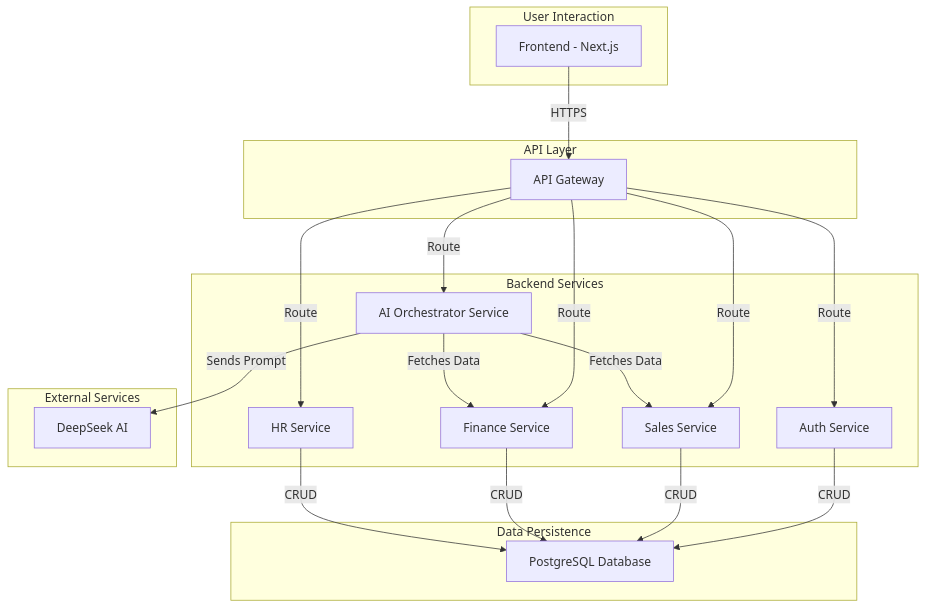
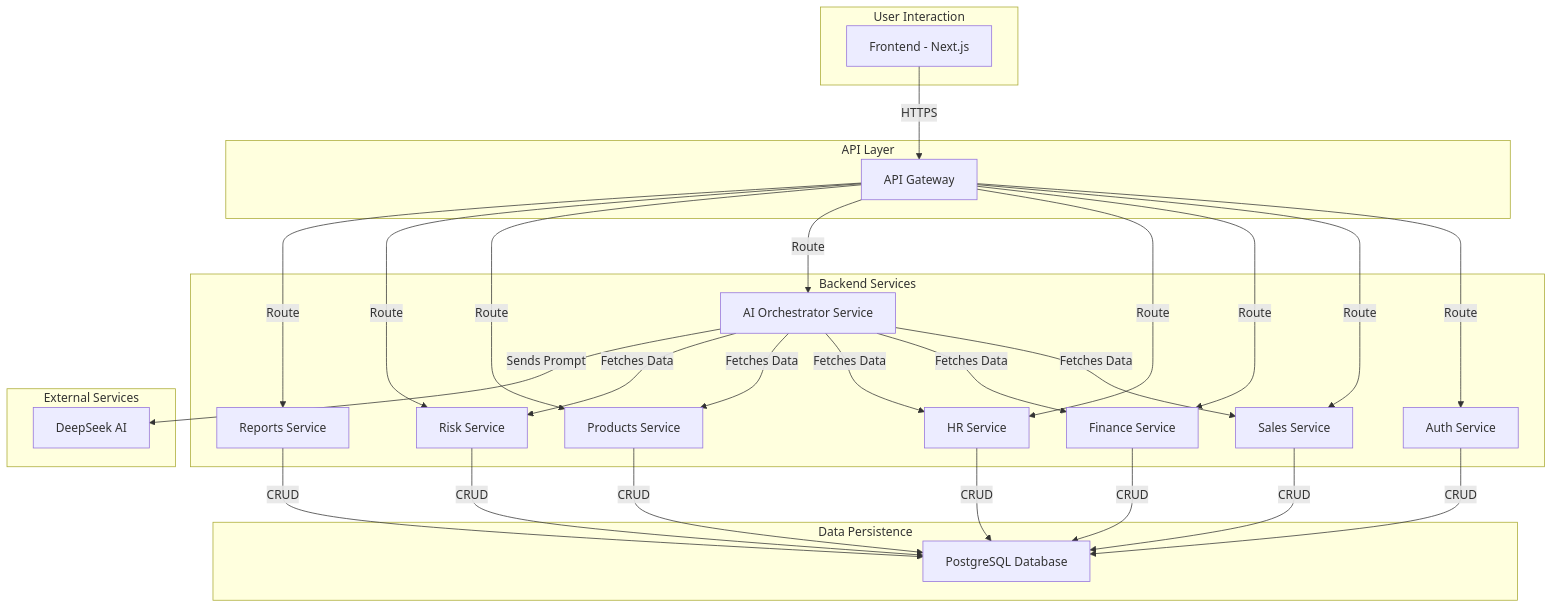
One commit to CatHuyuH24/A-EMS changed the diagram in docs/System_Architecture.md. Above: the diagram before and after it, drawn with Mermaid. The commit also changed other lines of this file and 7 other files, not shown here.

Commit message:
add `reports/`, `products/`, `risk/` endpoints

````diff
--- a/docs/System_Architecture.md
+++ b/docs/System_Architecture.md
@@ -14,42 +14,54 @@
 ```mermaid
 graph TD
     subgraph User Interaction
         A[Frontend - Next.js]
     end
 
     subgraph API Layer
         B[API Gateway]
     end
 
     subgraph Backend Services
         C[Auth Service]
         D[Sales Service]
         E[Finance Service]
         F[HR Service]
         G[AI Orchestrator Service]
+        H[Products Service]
+        I[Risk Service]
+        J[Reports Service]
     end
 
     subgraph Data Persistence
-        H[PostgreSQL Database]
+        K[PostgreSQL Database]
     end
 
     subgraph External Services
-        I[DeepSeek AI]
+        L[DeepSeek AI]
     end
 
     A -- HTTPS --> B
     B -- Route --> C
     B -- Route --> D
     B -- Route --> E
     B -- Route --> F
     B -- Route --> G
+    B -- Route --> H
+    B -- Route --> I
+    B -- Route --> J
 
-    C -- CRUD --> H
-    D -- CRUD --> H
-    E -- CRUD --> H
-    F -- CRUD --> H
+    C -- CRUD --> K
+    D -- CRUD --> K
+    E -- CRUD --> K
+    F -- CRUD --> K
+    H -- CRUD --> K
+    I -- CRUD --> K
+    J -- CRUD --> K
 
     G -- Fetches Data --> D
     G -- Fetches Data --> E
-    G -- Sends Prompt --> I
+    G -- Fetches Data --> F
+    G -- Fetches Data --> H
+    G -- Fetches Data --> I
+    G -- Sends Prompt --> L
 ```
````
